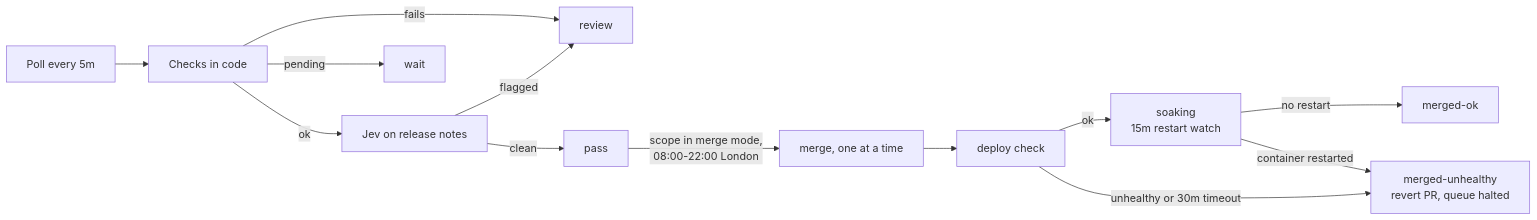
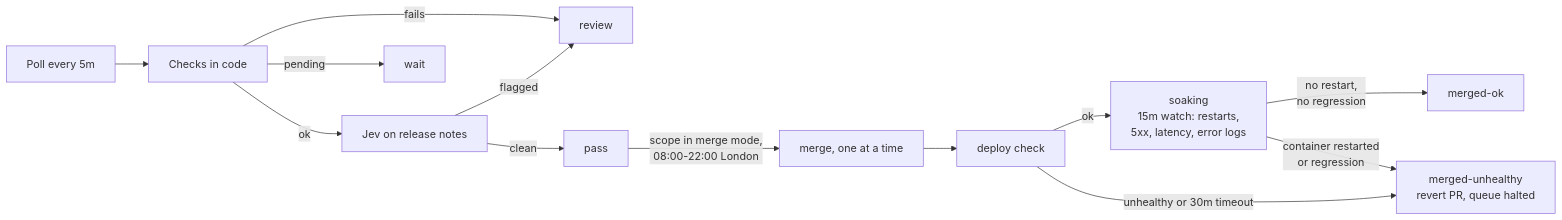
Before and after one commit to member87/home-ops: the diagram in docs/jevil.md, drawn with Mermaid. The commit also changed other lines of this file and 33 other files, not shown here.

First line of the commit message:
feat(jevil): rule on Helm/infrastructure/digest/edge updates, check deploys by traffic and logs, scan CVEs, watch backups and hygiene (pin jevil 85c699d) (#635)

````diff
--- a/docs/jevil.md
+++ b/docs/jevil.md
@@ -185,15 +252,15 @@
 ```mermaid
 flowchart LR
   P[Poll every 5m] --> D[Checks in code]
   D -->|fails| R[review]
   D -->|pending| W[wait]
   D -->|ok| J[Jev on release notes]
   J -->|flagged| R
   J -->|clean| S[pass]
   S -->|scope in merge mode,<br/>08:00-22:00 London| M[merge, one at a time]
   M --> V[deploy check]
-  V -->|ok| SK[soaking<br/>15m restart watch]
-  SK -->|no restart| OK[merged-ok]
+  V -->|ok| SK[soaking<br/>15m watch: restarts,<br/>5xx, latency, error logs]
+  SK -->|no restart,<br/>no regression| OK[merged-ok]
   V -->|unhealthy or 30m timeout| H[merged-unhealthy<br/>revert PR, queue halted]
-  SK -->|container restarted| H
+  SK -->|container restarted<br/>or regression| H
 ```
````
